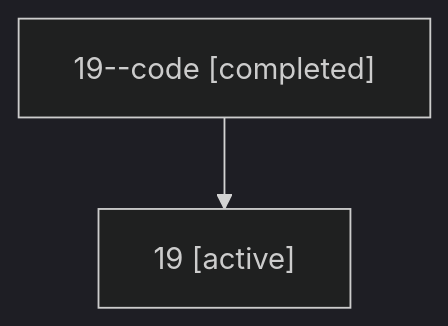
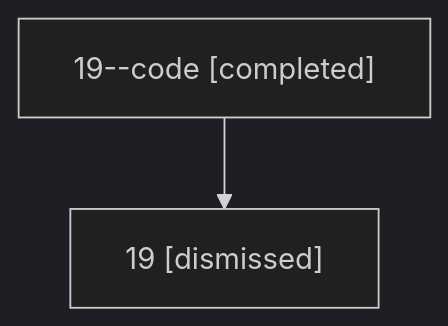
Before and after one commit to bobs-org/bob-cli--agents: the diagram in sessions/bbugyi200.athena.19.md, drawn with Mermaid (dark theme). The commit also changed other lines of this file and 18 other files, not shown here.

````diff
--- a/sessions/bbugyi200.athena.19.md
+++ b/sessions/bbugyi200.athena.19.md
@@ -9,6 +9,6 @@
 ```mermaid
 flowchart TD
   n0["19--code [completed]"]
-  n1["19 [active]"]
+  n1["19 [dismissed]"]
   n0 --> n1
 ```
````
